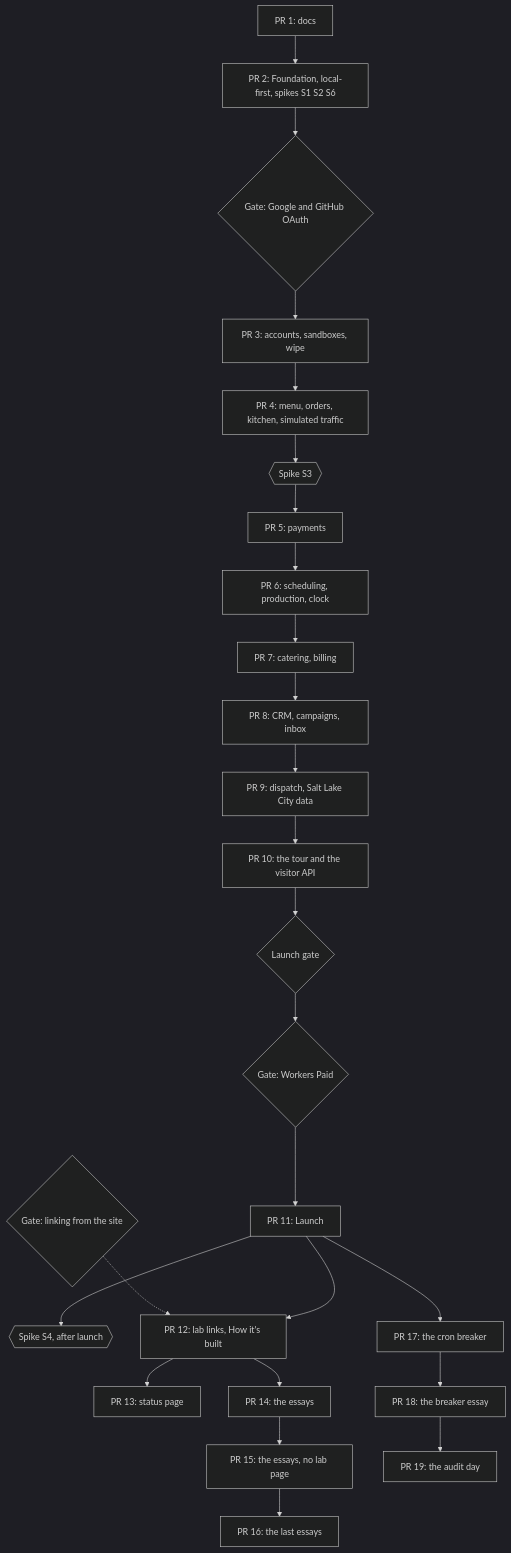
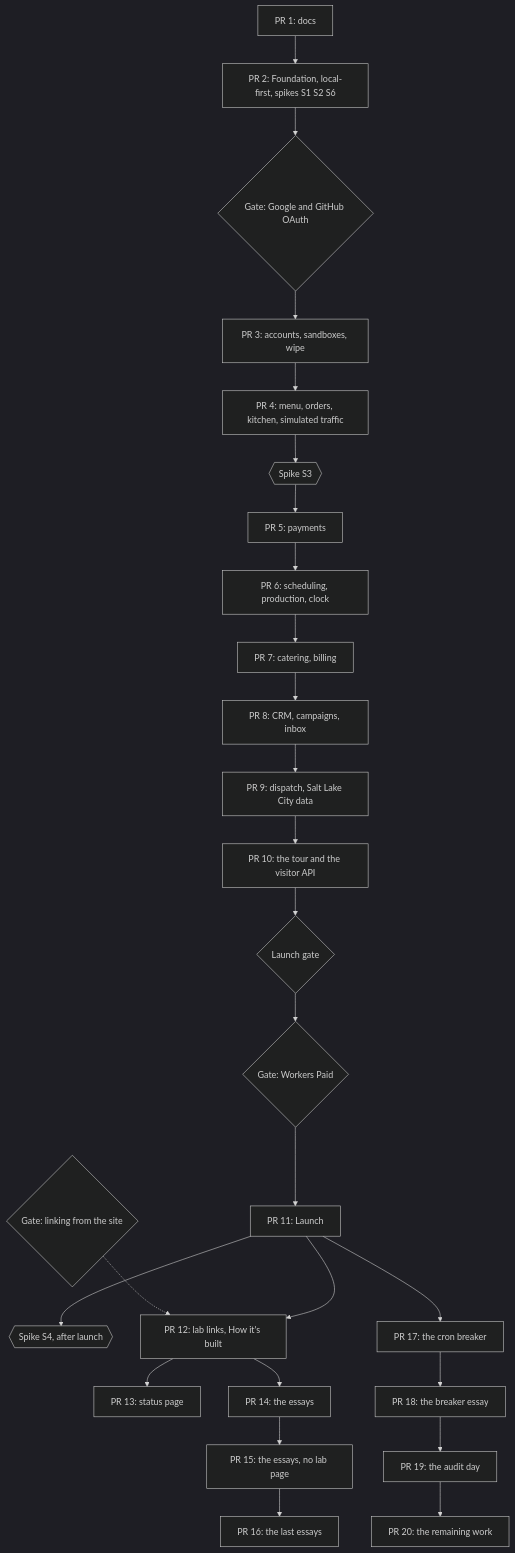
The diagram in docs/roadmap.md (IHaveASegway/bakery), drawn with Mermaid (dark theme) before and after one commit. The commit also changed other lines of this file, not shown here.

First line of the commit message:
Record the remaining work shipped on 2026-11-09 as PR 20

````diff
--- a/docs/roadmap.md
+++ b/docs/roadmap.md
@@ -74,15 +75,16 @@
 ```mermaid
 flowchart TB
   P1["PR 1: docs"] --> P2["PR 2: Foundation, local-first, spikes S1 S2 S6"]
   P2 --> OG{"Gate: Google and GitHub OAuth"} --> P3["PR 3: accounts, sandboxes, wipe"] --> P4["PR 4: menu, orders, kitchen, simulated traffic"]
   P4 --> S3{{"Spike S3"}} --> P5["PR 5: payments"]
   P5 --> P6["PR 6: scheduling, production, clock"] --> P7["PR 7: catering, billing"] --> P8["PR 8: CRM, campaigns, inbox"] --> P9["PR 9: dispatch, Salt Lake City data"]
   P9 --> P10["PR 10: the tour and the visitor API"]
   P10 --> LG{"Launch gate"} --> WP{"Gate: Workers Paid"} --> P11["PR 11: Launch"]
   P11 --> S4{{"Spike S4, after launch"}}
   LG2{"Gate: linking from the site"} -.-> P12
   P11 --> P12["PR 12: lab links, How it's built"] --> P13["PR 13: status page"]
   P12 --> P14["PR 14: the essays"] --> P15["PR 15: the essays, no lab page"] --> P16["PR 16: the last essays"]
   P11 --> P17["PR 17: the cron breaker"] --> P18["PR 18: the breaker essay"]
   P18 --> P19["PR 19: the audit day"]
+  P19 --> P20["PR 20: the remaining work"]
 ```
````
